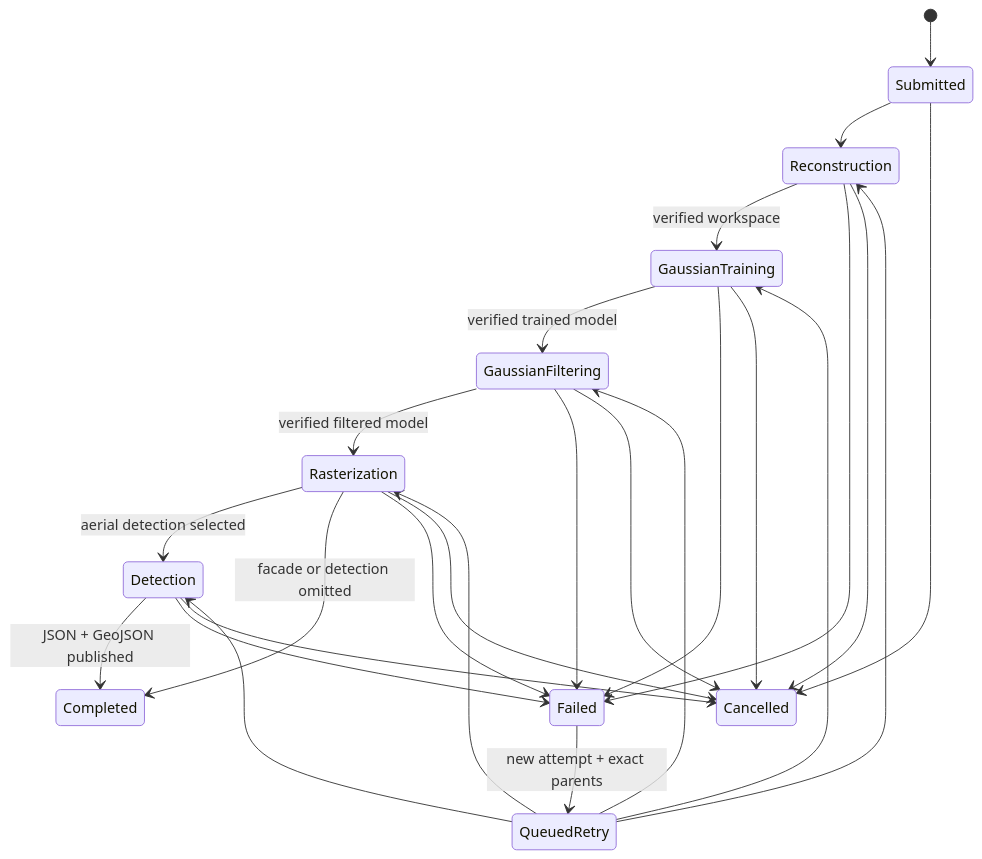
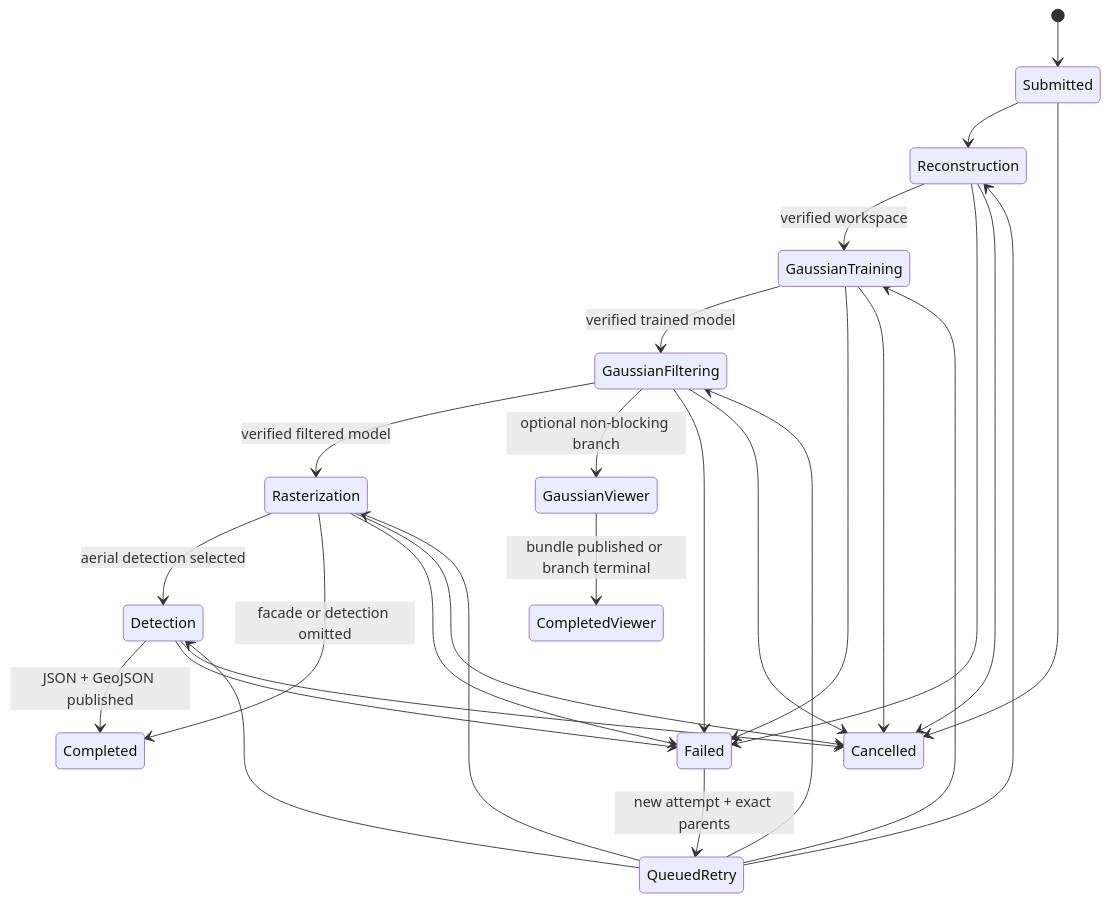
One commit to olivelb/DroneAI changed the second of 5 diagrams in DOCUMENTATION.md. Above: the diagram before and after it, drawn with Mermaid. The commit also changed other lines of this file and 54 other files, not shown here.

````diff
--- a/DOCUMENTATION.md
+++ b/DOCUMENTATION.md
@@ -416,31 +425,33 @@
 ```mermaid
 stateDiagram-v2
     [*] --> Submitted
     Submitted --> Reconstruction
     Reconstruction --> GaussianTraining: verified workspace
     GaussianTraining --> GaussianFiltering: verified trained model
     GaussianFiltering --> Rasterization: verified filtered model
+    GaussianFiltering --> GaussianViewer: optional non-blocking branch
+    GaussianViewer --> CompletedViewer: bundle published or branch terminal
     Rasterization --> Detection: aerial detection selected
     Rasterization --> Completed: facade or detection omitted
     Detection --> Completed: JSON + GeoJSON published
 
     Reconstruction --> Failed
     GaussianTraining --> Failed
     GaussianFiltering --> Failed
     Rasterization --> Failed
     Detection --> Failed
 
     Failed --> QueuedRetry: new attempt + exact parents
     QueuedRetry --> Reconstruction
     QueuedRetry --> GaussianTraining
     QueuedRetry --> GaussianFiltering
     QueuedRetry --> Rasterization
     QueuedRetry --> Detection
 
     Submitted --> Cancelled
     Reconstruction --> Cancelled
     GaussianTraining --> Cancelled
     GaussianFiltering --> Cancelled
     Rasterization --> Cancelled
     Detection --> Cancelled
 ```
````
